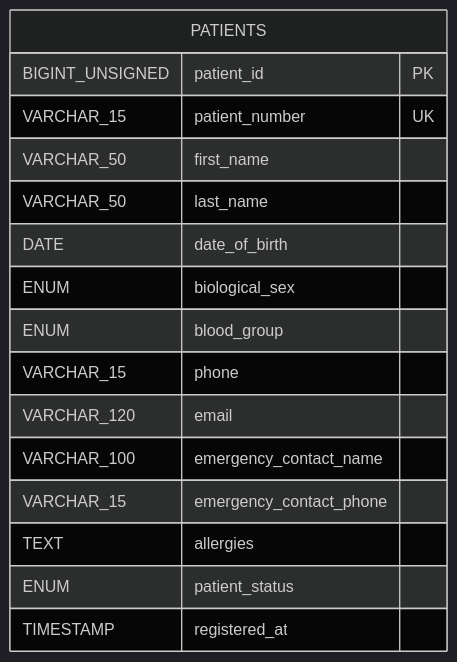
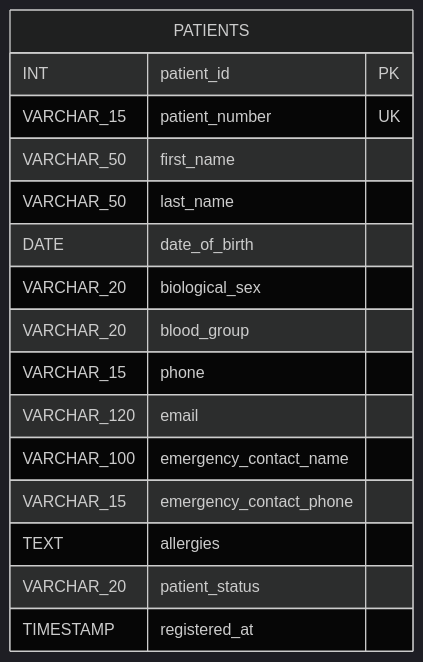
The tenth of 20 diagrams in sql-exercises-part-1.md (arvind-codegnan/cdg-hyd-jfs-058), drawn with Mermaid (dark theme) before and after one commit. The commit also changed other lines of this file, not shown here.

````diff
--- a/sql-exercises-part-1.md
+++ b/sql-exercises-part-1.md
@@ -387,19 +385,19 @@
 ```mermaid
 erDiagram
     PATIENTS {
-        BIGINT_UNSIGNED patient_id PK
+        INT patient_id PK
         VARCHAR_15 patient_number UK
         VARCHAR_50 first_name
         VARCHAR_50 last_name
         DATE date_of_birth
-        ENUM biological_sex
-        ENUM blood_group
+        VARCHAR_20 biological_sex
+        VARCHAR_20 blood_group
         VARCHAR_15 phone
         VARCHAR_120 email
         VARCHAR_100 emergency_contact_name
         VARCHAR_15 emergency_contact_phone
         TEXT allergies
-        ENUM patient_status
+        VARCHAR_20 patient_status
         TIMESTAMP registered_at
     }
 ```
````
